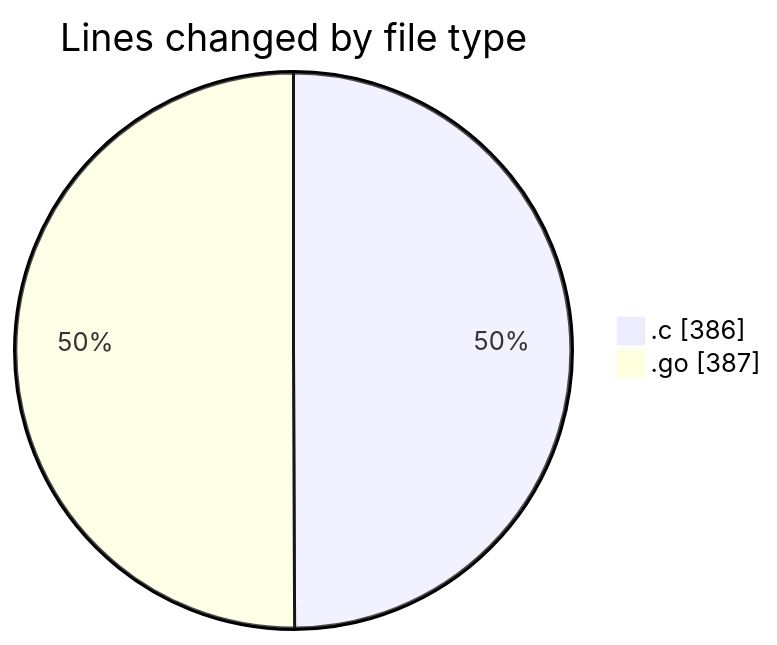
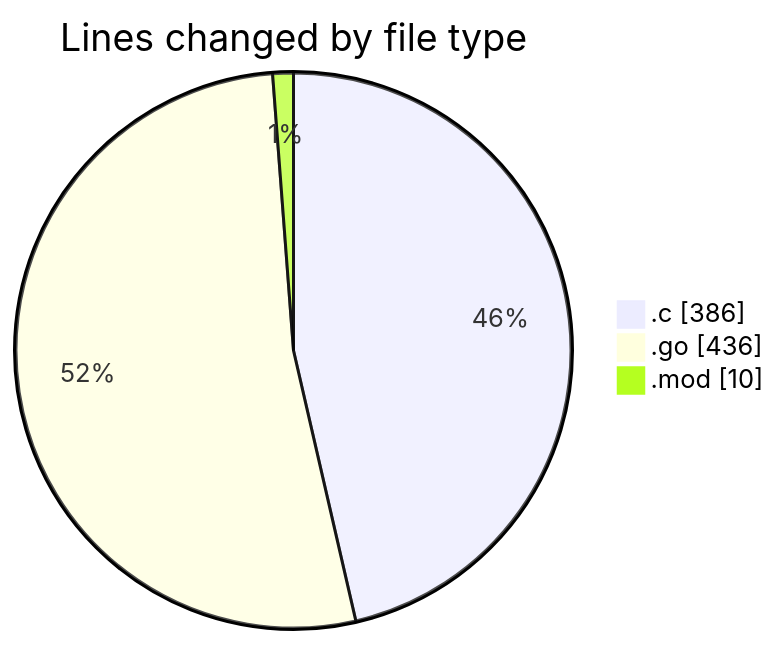
Before and after one commit to robertbonfada/code-tracking: the first of 2 diagrams in 2025-03-05/termoa-central/README.md, drawn with Mermaid. The commit also changed other lines of this file and 2 other files, not shown here.

````diff
--- a/2025-03-05/termoa-central/README.md
+++ b/2025-03-05/termoa-central/README.md
@@ -22,6 +23,7 @@
 ```mermaid
 pie showData
 title Lines changed by file type
 ".c" : 386
-".go" : 387
+".go" : 436
+".mod" : 10
 ```
````
